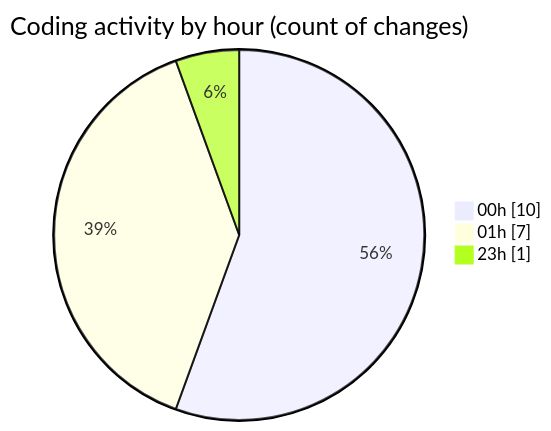
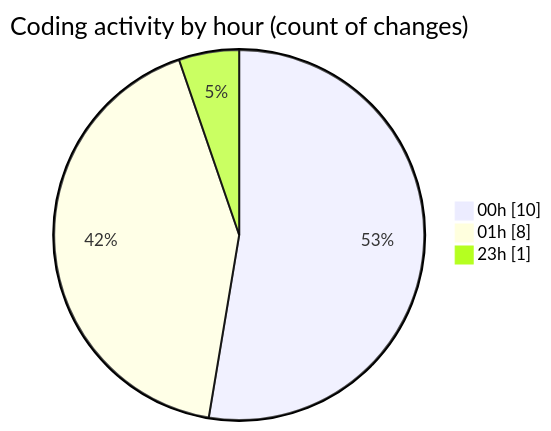
One commit to tmsrecording-cyber/code-tracking changed the second of 2 diagrams in 2026-02-09/singularitybrainai/README.md. Above: the diagram before and after it, drawn with Mermaid. The commit also changed other lines of this file and 1 other file, not shown here.

````diff
--- a/2026-02-09/singularitybrainai/README.md
+++ b/2026-02-09/singularitybrainai/README.md
@@ -29,7 +29,7 @@
 ```mermaid
 pie showData
 title Coding activity by hour (count of changes)
 "00h" : 10
-"01h" : 7
+"01h" : 8
 "23h" : 1
 ```
````
